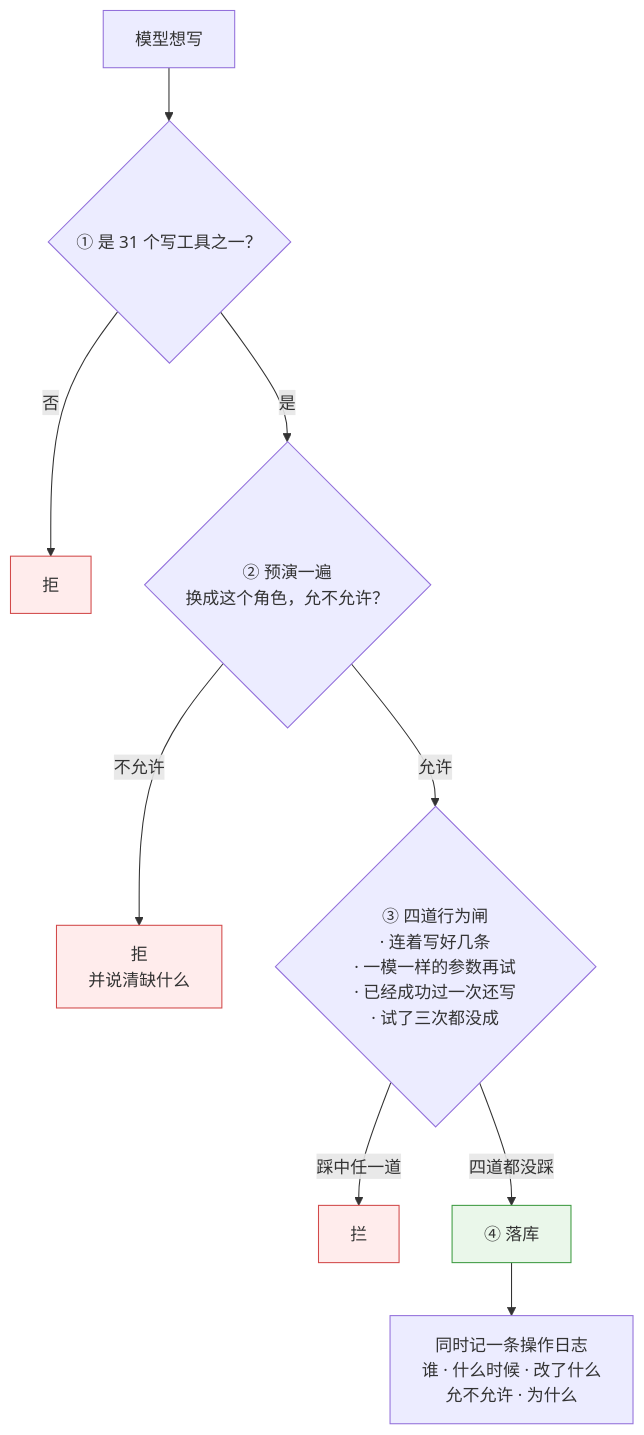
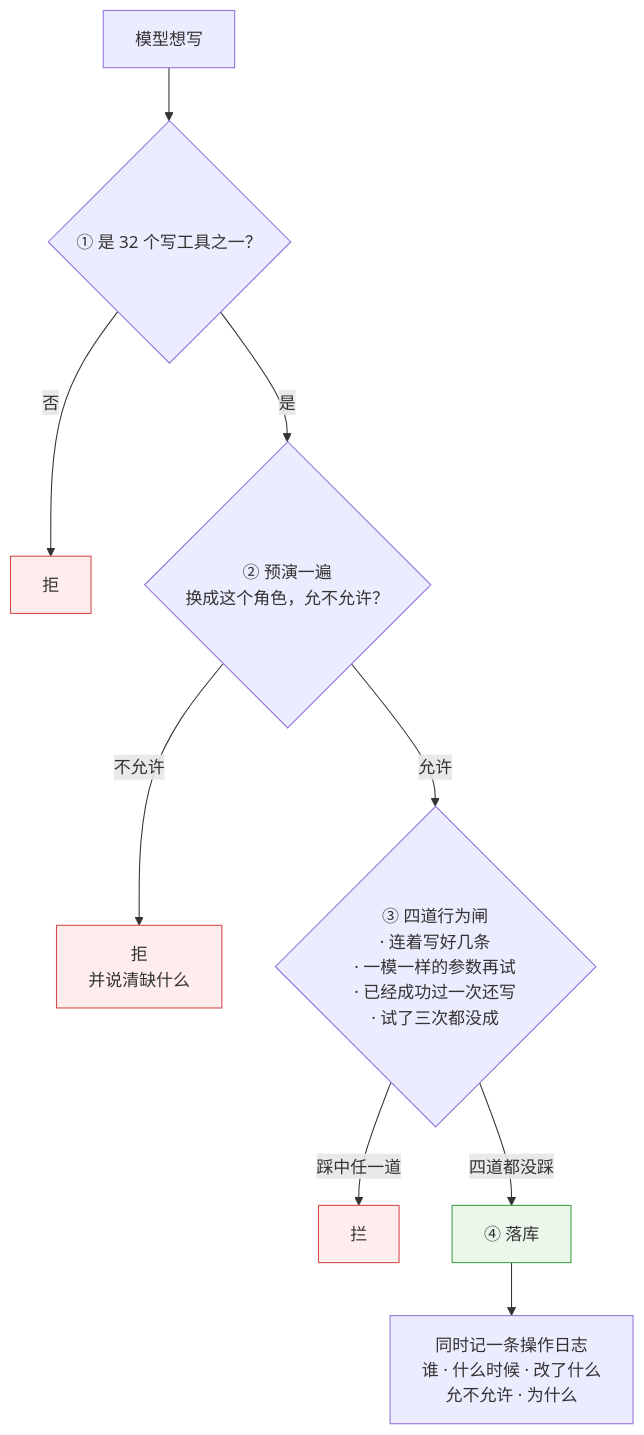
Before and after one commit to 843773296-rgb/lanxiu-yunshang-agent: the second of 3 diagrams in 澜绣云裳agent-产品说明.md, drawn with Mermaid. The commit also changed other lines of this file and 22 other files, not shown here.

````diff
--- a/澜绣云裳agent-产品说明.md
+++ b/澜绣云裳agent-产品说明.md
@@ -315,16 +316,16 @@
 ```mermaid
 flowchart TD
-    A["模型想写"] --> B{"① 是 31 个写工具之一？"}
+    A["模型想写"] --> B{"① 是 32 个写工具之一？"}
     B -- 否 --> X1["拒"]
     B -- 是 --> C{"② 预演一遍<br/>换成这个角色，允不允许？"}
     C -- 不允许 --> X2["拒<br/>并说清缺什么"]
     C -- 允许 --> D{"③ 四道行为闸<br/>· 连着写好几条<br/>· 一模一样的参数再试<br/>· 已经成功过一次还写<br/>· 试了三次都没成"}
     D -- "踩中任一道" --> X3["拦"]
     D -- "四道都没踩" --> E["④ 落库"]
     E --> F["同时记一条操作日志<br/>谁 · 什么时候 · 改了什么<br/>允不允许 · 为什么"]
 
     style X1 fill:#ffecec,stroke:#d24a4a
     style X2 fill:#ffecec,stroke:#d24a4a
     style X3 fill:#ffecec,stroke:#d24a4a
     style E fill:#eaf7ea,stroke:#3f9c42
 ```
````
